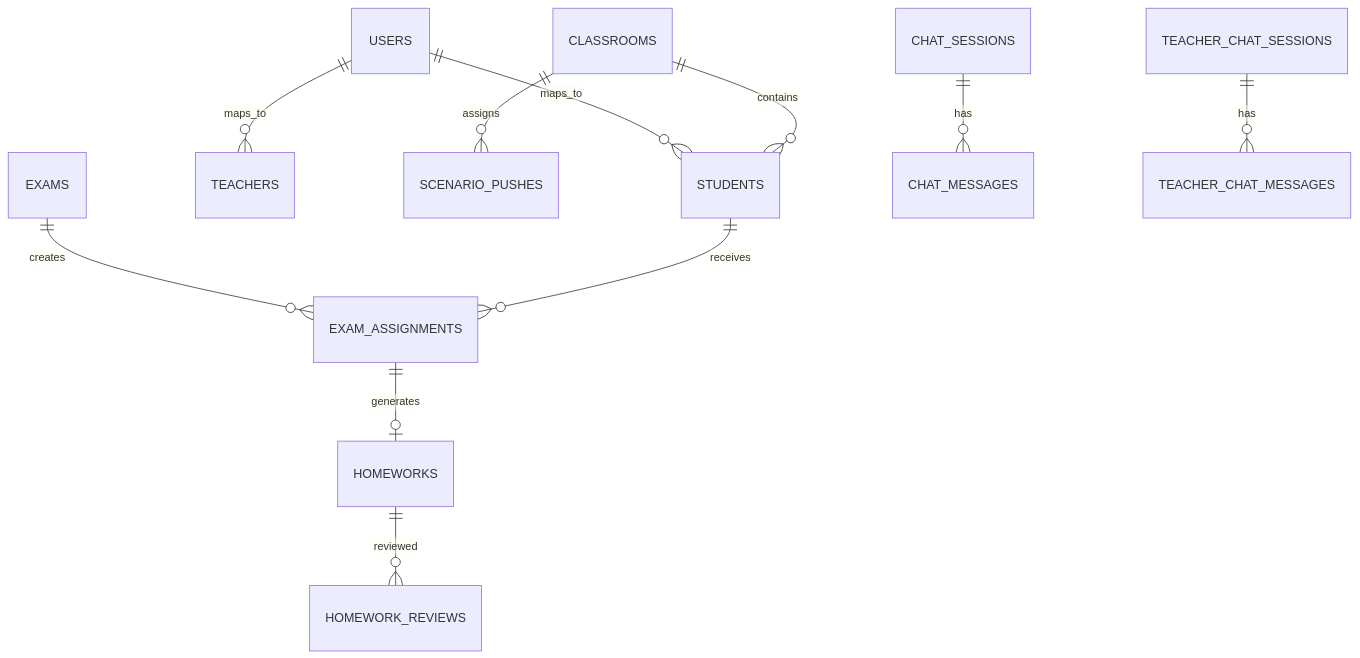
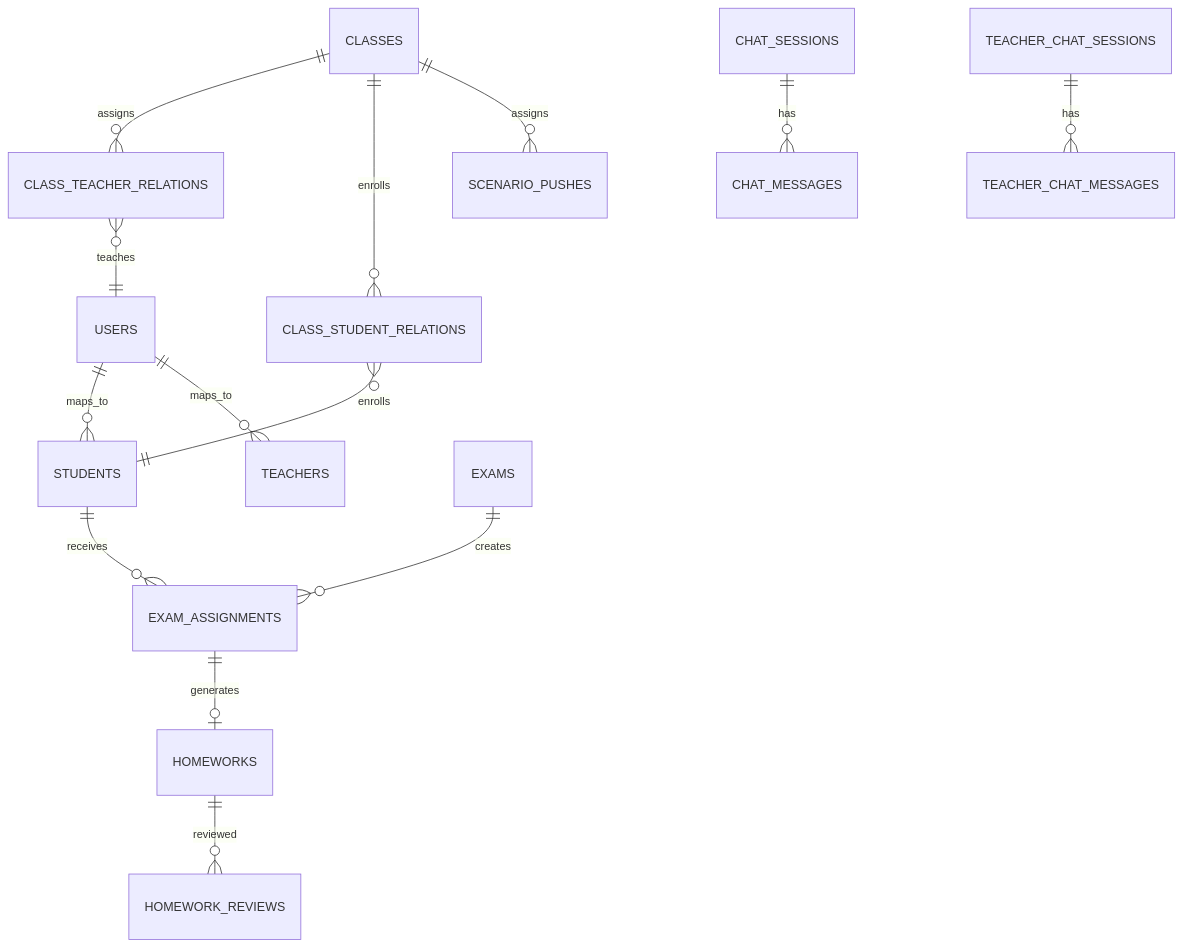
The fifth of 7 diagrams in doc/Technical/系统流程与架构.md (WuAnTheShy/SITP-German-AI-Agent), drawn with Mermaid before and after one commit. The commit also changed other lines of this file and 6 other files, not shown here.

````diff
--- a/doc/Technical/系统流程与架构.md
+++ b/doc/Technical/系统流程与架构.md
@@ -96,13 +96,16 @@
 ```mermaid
 erDiagram
     USERS ||--o{ STUDENTS : maps_to
     USERS ||--o{ TEACHERS : maps_to
-    CLASSROOMS ||--o{ STUDENTS : contains
-    CLASSROOMS ||--o{ SCENARIO_PUSHES : assigns
+    CLASSES ||--o{ CLASS_TEACHER_RELATIONS : assigns
+    CLASSES ||--o{ CLASS_STUDENT_RELATIONS : enrolls
+    CLASS_TEACHER_RELATIONS }o--|| USERS : teaches
+    CLASS_STUDENT_RELATIONS }o--|| STUDENTS : enrolls
+    CLASSES ||--o{ SCENARIO_PUSHES : assigns
     EXAMS ||--o{ EXAM_ASSIGNMENTS : creates
     STUDENTS ||--o{ EXAM_ASSIGNMENTS : receives
     EXAM_ASSIGNMENTS ||--o| HOMEWORKS : generates
     HOMEWORKS ||--o{ HOMEWORK_REVIEWS : reviewed
     CHAT_SESSIONS ||--o{ CHAT_MESSAGES : has
     TEACHER_CHAT_SESSIONS ||--o{ TEACHER_CHAT_MESSAGES : has
 ```
````
